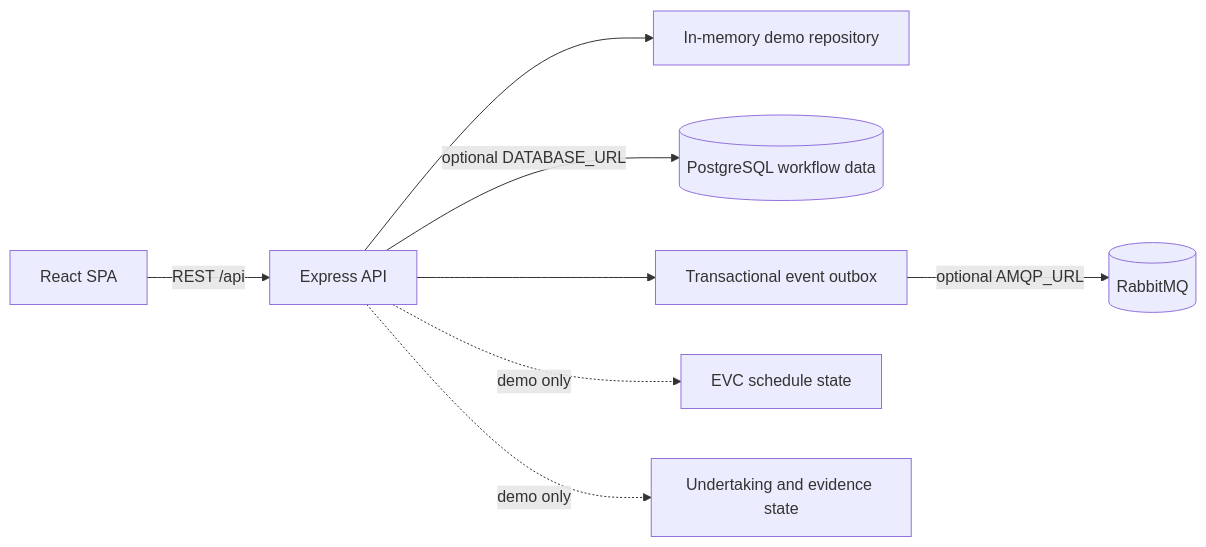
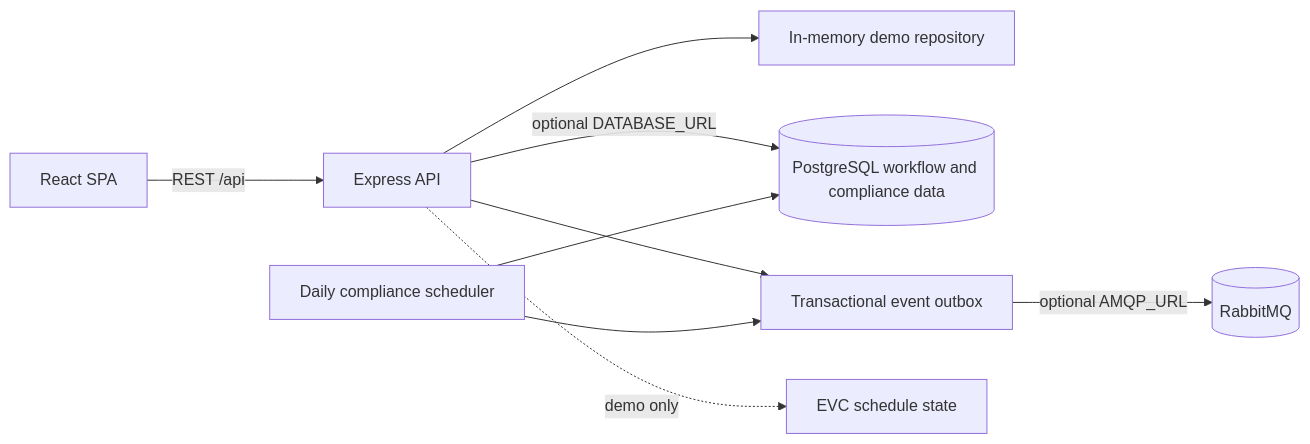
One commit to isaacrzlas/SIH26262-AICTE-Approval-Workflow-Automation changed the diagram in docs/architecture.md. Above: the diagram before and after it, drawn with Mermaid. The commit also changed other lines of this file and 14 other files, not shown here.

````diff
--- a/docs/architecture.md
+++ b/docs/architecture.md
@@ -3,10 +3,11 @@
 ```mermaid
 flowchart LR
   Browser[React SPA] -->|REST /api| Express[Express API]
   Express --> Memory[In-memory demo repository]
-  Express -->|optional DATABASE_URL| PG[(PostgreSQL workflow data)]
+  Express -->|optional DATABASE_URL| PG[(PostgreSQL workflow and compliance data)]
   Express --> Outbox[Transactional event outbox]
   Outbox -->|optional AMQP_URL| Rabbit[(RabbitMQ)]
   Express -. demo only .-> EVC[EVC schedule state]
-  Express -. demo only .-> Compliance[Undertaking and evidence state]
+  Scheduler[Daily compliance scheduler] --> PG
+  Scheduler --> Outbox
 ```
````
